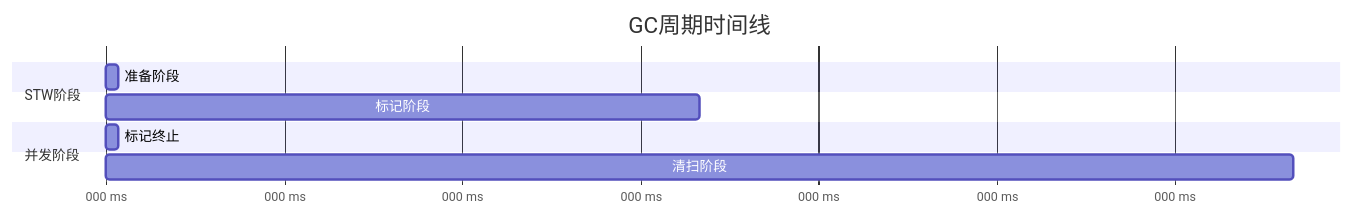
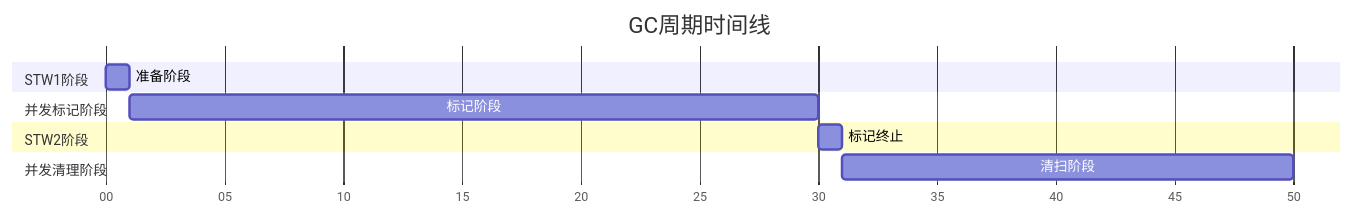
Diagram 22 of 39 in _posts/golang/垃圾回收器.md (djaigoo/blog), drawn with Mermaid before and after one commit. The commit also changed other lines of this file and 6 other files, not shown here.

````diff
--- a/_posts/golang/垃圾回收器.md
+++ b/_posts/golang/垃圾回收器.md
@@ -593,18 +823,18 @@
 ```mermaid
 gantt
     title GC周期时间线
     dateFormat X
-    axisFormat %L ms
+    axisFormat %S
     
-    section STW阶段
+    section STW1阶段
     准备阶段    :0, 1
     
-    section 并发阶段
-    标记阶段    :1, 50
+    section 并发标记阶段
+    标记阶段    :1000, 30
     
-    section STW阶段
-    标记终止    :51, 1
+    section STW2阶段
+    标记终止    :30000, 31
     
-    section 并发阶段
-    清扫阶段    :52, 100
+    section 并发清理阶段
+    清扫阶段    :31000, 50
 ```
````
